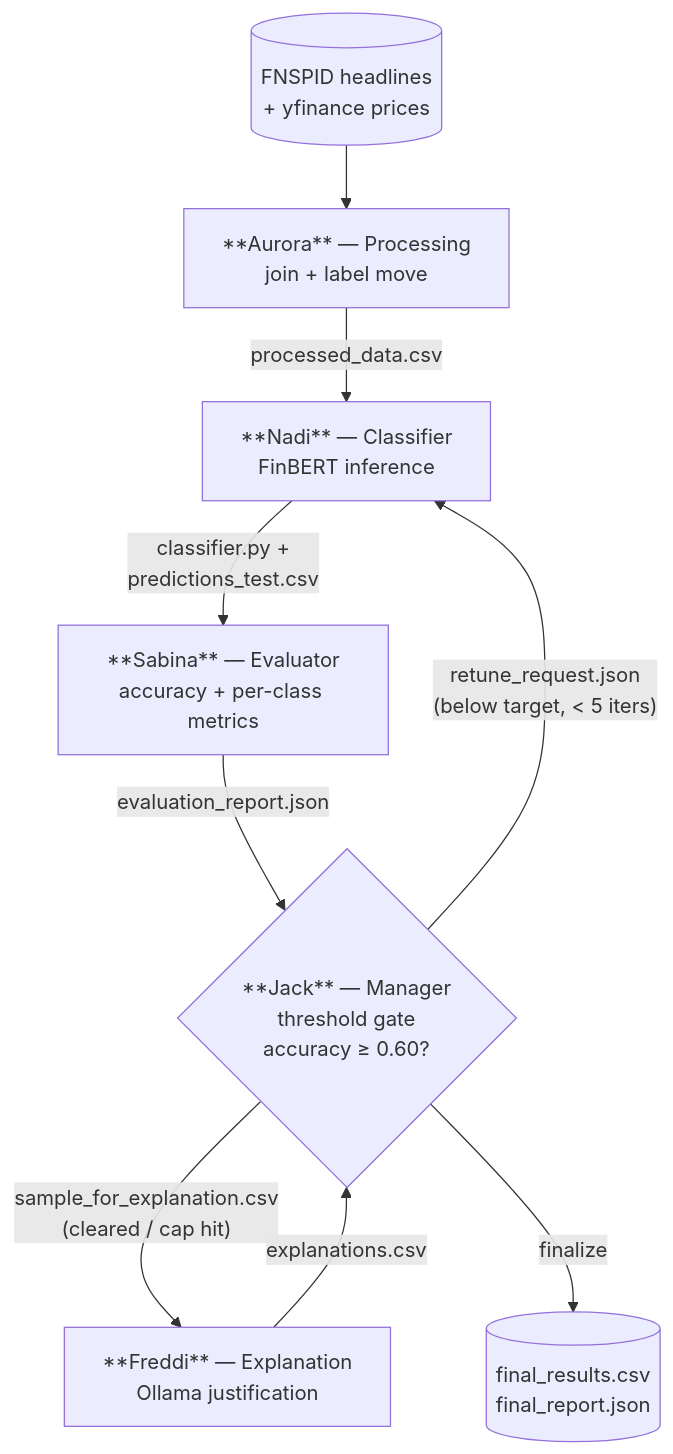
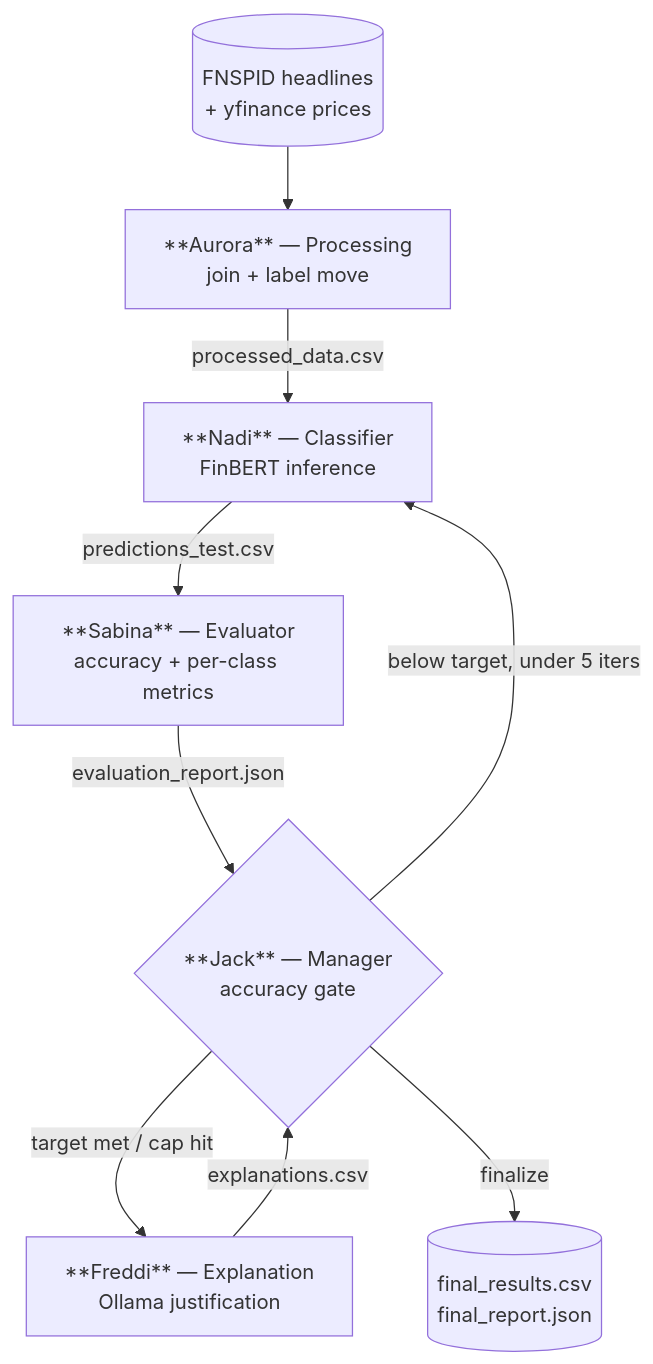
The diagram in README.md (njaltran/NLP_lab), drawn with Mermaid before and after one commit. The commit also changed other lines of this file and 35 other files, not shown here.

````diff
--- a/README.md
+++ b/README.md
@@ -12,19 +10,18 @@
 ```mermaid
 flowchart TD
     raw[("FNSPID headlines<br/>+ yfinance prices")] --> aurora
-
     aurora["**Aurora** — Processing<br/>join + label move"]
     nadi["**Nadi** — Classifier<br/>FinBERT inference"]
     sabina["**Sabina** — Evaluator<br/>accuracy + per-class metrics"]
-    manager{"**Jack** — Manager<br/>threshold gate<br/>accuracy ≥ 0.60?"}
+    manager{"**Jack** — Manager<br/>accuracy gate"}
     freddi["**Freddi** — Explanation<br/>Ollama justification"]
     final[("final_results.csv<br/>final_report.json")]
 
     aurora -->|processed_data.csv| nadi
-    nadi -->|classifier.py +<br/>predictions_test.csv| sabina
+    nadi -->|predictions_test.csv| sabina
     sabina -->|evaluation_report.json| manager
-    manager -->|"retune_request.json<br/>(below target, &lt; 5 iters)"| nadi
-    manager -->|"sample_for_explanation.csv<br/>(cleared / cap hit)"| freddi
+    manager -->|below target, under 5 iters| nadi
+    manager -->|target met / cap hit| freddi
     freddi -->|explanations.csv| manager
     manager -->|finalize| final
 ```
````
